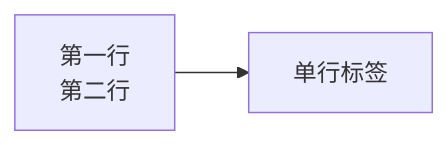
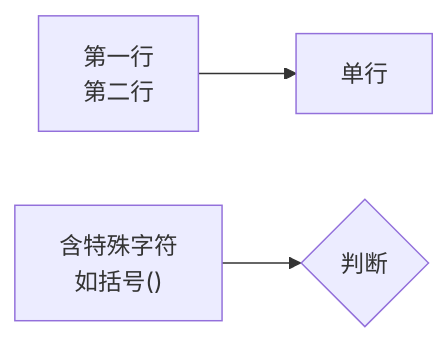
The diagram in .claude/skills/mermaid-check/SKILL.md (ranxi2001/zero2Agent), drawn with Mermaid before and after one commit. The commit also changed other lines of this file and 2 other files, not shown here.

First line of the commit message:
fix: mermaid 渲染管线修复——srcToInnerHTML 正确处理 entityDecode 兼容性

````diff
--- a/.claude/skills/mermaid-check/SKILL.md
+++ b/.claude/skills/mermaid-check/SKILL.md
@@ -85,4 +207,5 @@
 ```mermaid
 flowchart LR
-    A[第一行<br>第二行] --> B[单行标签]
+    A[第一行<br>第二行] --> B[单行]
+    C["含特殊字符<br>如括号()"] --> D{判断}
 ```
````
